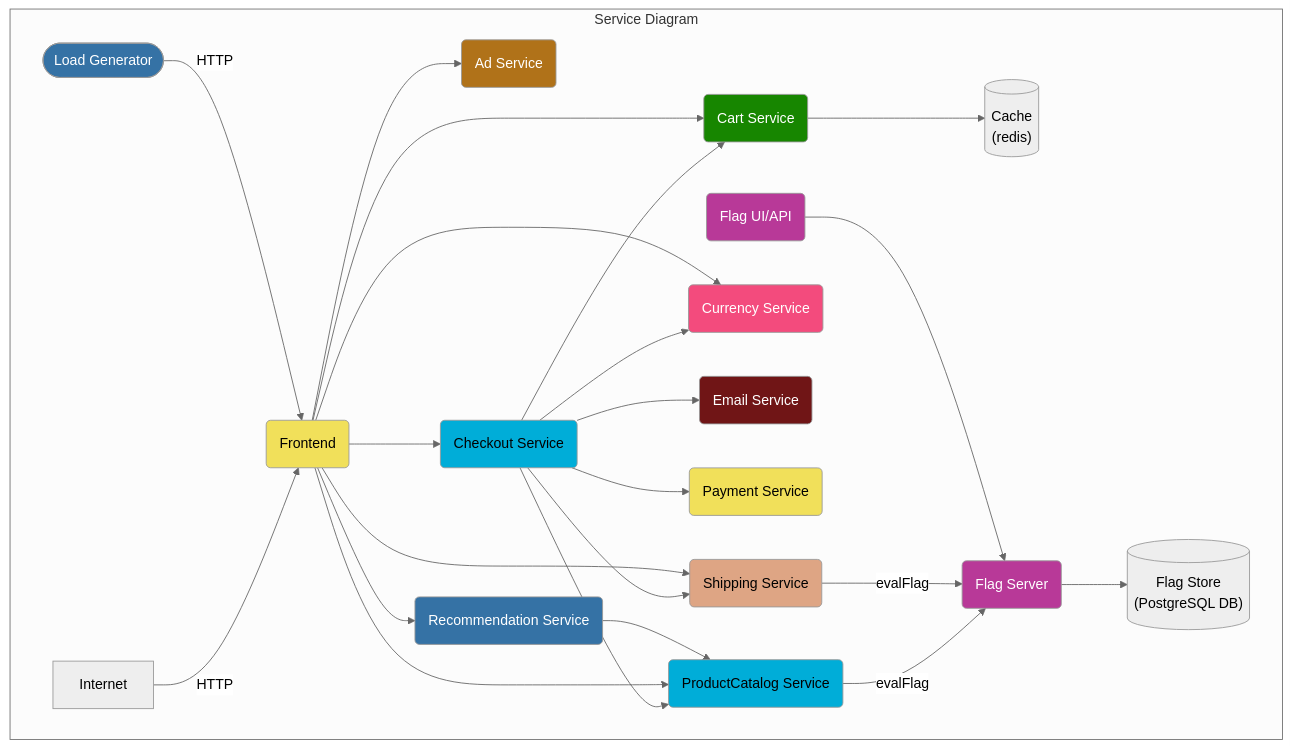
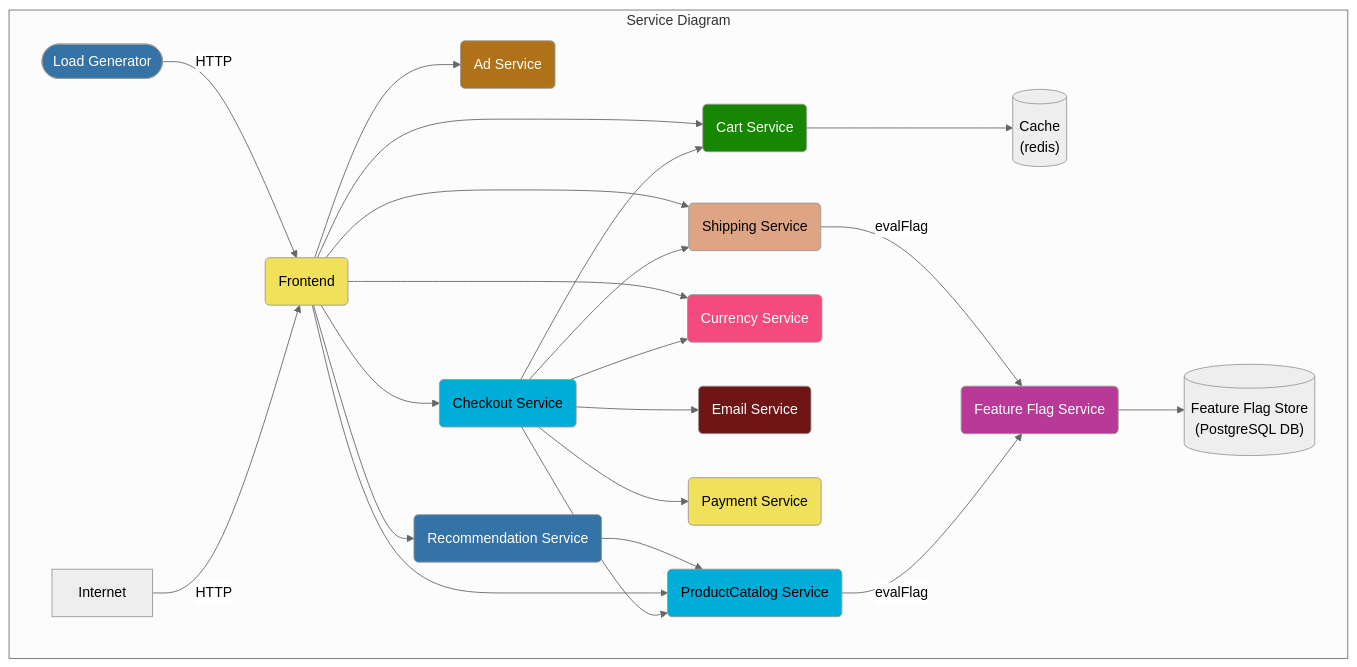
The first of 2 diagrams in README.md (open-telemetry/opentelemetry-demo), drawn with Mermaid (neutral theme) before and after one commit.

Commit message:
clean up ffs graph definition

````diff
--- a/README.md
+++ b/README.md
@@ -35,57 +35,55 @@
 ```mermaid
 graph TD
 
 subgraph Service Diagram
 adservice(Ad Service):::java
 cache[(Cache<br/>&#40redis&#41)]
 cartservice(Cart Service):::dotnet
 checkoutservice(Checkout Service):::golang
 currencyservice(Currency Service):::cpp
 emailservice(Email Service):::ruby
 frontend(Frontend):::javascript
 loadgenerator([Load Generator]):::python
 paymentservice(Payment Service):::javascript
 productcatalogservice(ProductCatalog Service):::golang
 recommendationservice(Recommendation Service):::python
 shippingservice(Shipping Service):::rust
+featureflagservice(Feature Flag Service):::erlang
+featureflagstore[(Feature Flag Store<br/>&#40PostgreSQL DB&#41)]
 
 Internet -->|HTTP| frontend
 loadgenerator -->|HTTP| frontend
 
 checkoutservice --> cartservice --> cache
 checkoutservice --> productcatalogservice
 checkoutservice --> currencyservice
 checkoutservice --> emailservice
 checkoutservice --> paymentservice
 checkoutservice --> shippingservice
 
 frontend --> adservice
 frontend --> cartservice
 frontend --> productcatalogservice
 frontend --> checkoutservice
 frontend --> currencyservice
 frontend --> recommendationservice --> productcatalogservice
 frontend --> shippingservice
 
-productcatalogservice --> |evalFlag| featureflagbeservice
+productcatalogservice --> |evalFlag| featureflagservice
 
-shippingservice --> |evalFlag| featureflagbeservice
+shippingservice --> |evalFlag| featureflagservice
 
-featureflagbeservice(Flag Server):::erlang
-featureflagfeservice(Flag UI/API):::erlang
-featureflagstore[(Flag Store<br/>&#40PostgreSQL DB&#41)]
-
-featureflagfeservice --> featureflagbeservice --> featureflagstore
+featureflagservice --> featureflagstore
 
 end
 classDef java fill:#b07219,color:white;
 classDef dotnet fill:#178600,color:white;
 classDef golang fill:#00add8,color:black;
 classDef cpp fill:#f34b7d,color:white;
 classDef ruby fill:#701516,color:white;
 classDef python fill:#3572A5,color:white;
 classDef javascript fill:#f1e05a,color:black;
 classDef rust fill:#dea584,color:black;
 classDef erlang fill:#b83998,color:white;
 classDef php fill:#4f5d95,color:white;
 ```
````
